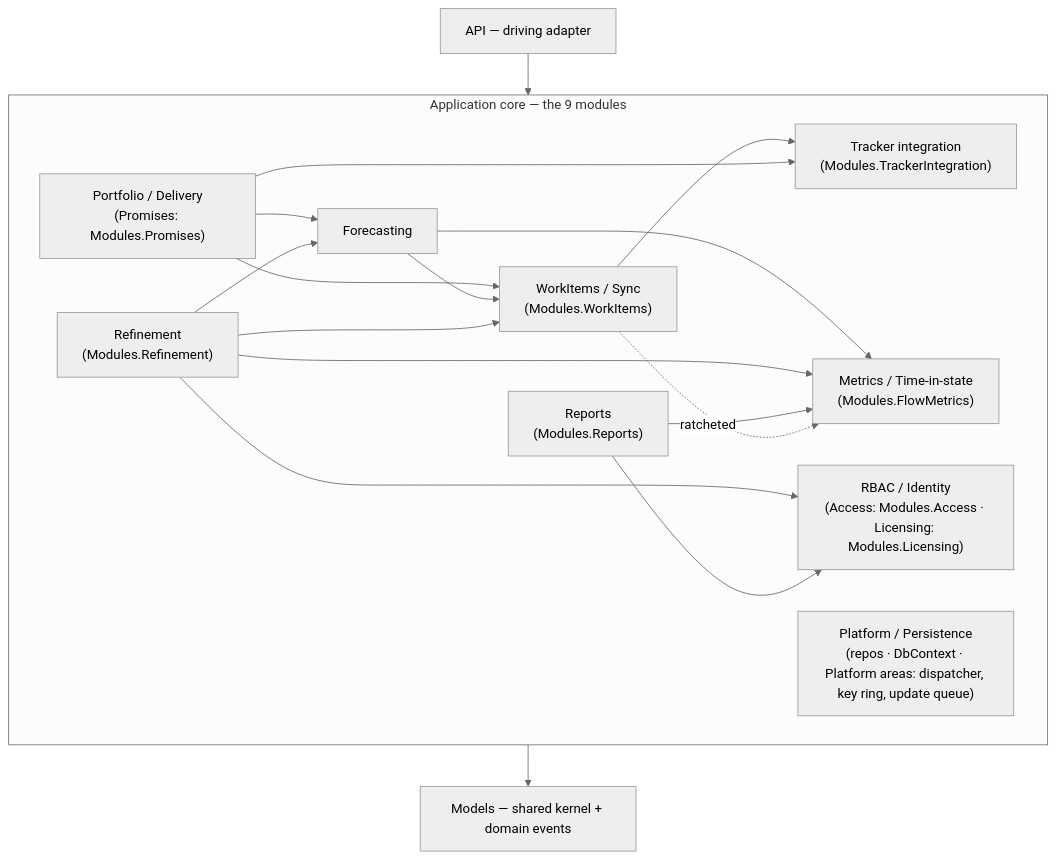
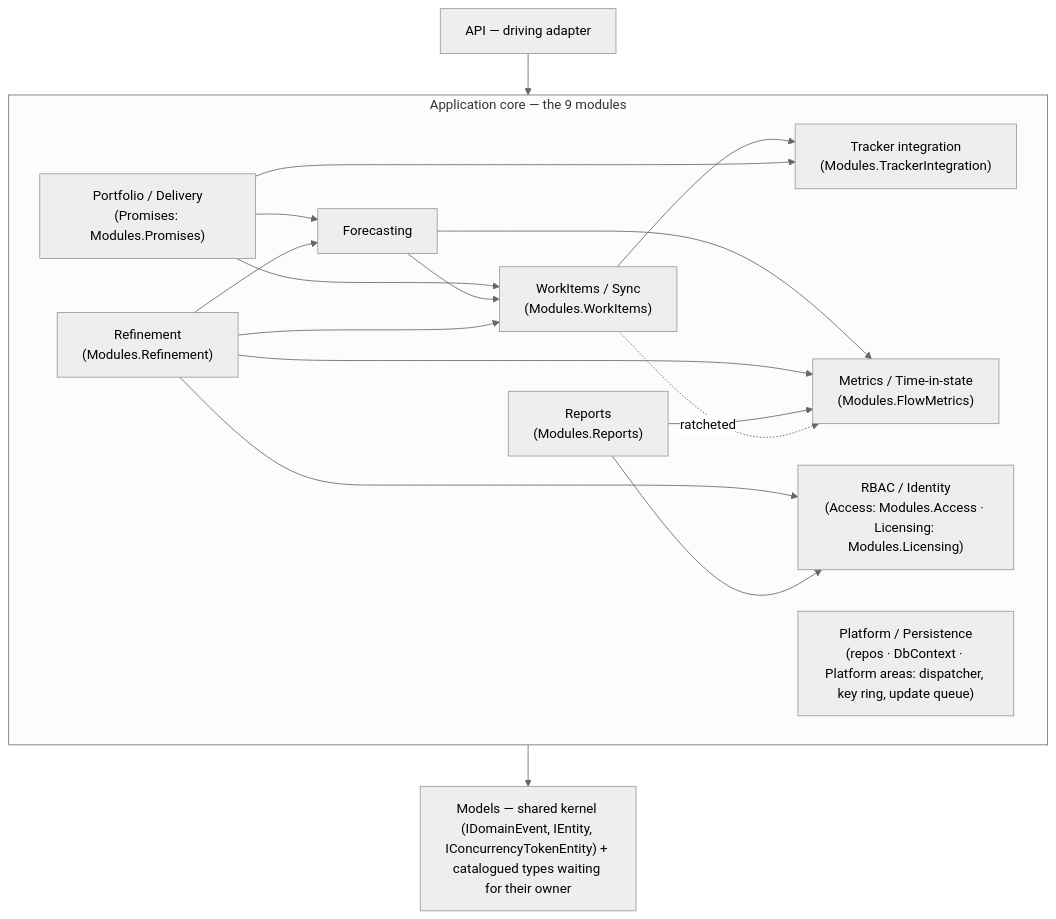
One commit to LetPeopleWork/Lighthouse changed the second of 4 diagrams in ARCHITECTURE.md. Above: the diagram before and after it, drawn with Mermaid (neutral theme). The commit also changed other lines of this file and 5 other files, not shown here.

First line of the commit message:
refactor(kernel): rules name the Reports models by full name only, and the docs describe the three-type kernel and its catalogue

````diff
--- a/ARCHITECTURE.md
+++ b/ARCHITECTURE.md
@@ -113,31 +113,31 @@
 ```mermaid
 graph TD
   API["API — driving adapter"]
   subgraph CORE["Application core — the 9 modules"]
     WT["Tracker integration<br/>(Modules.TrackerIntegration)"]
     SYNC["WorkItems / Sync<br/>(Modules.WorkItems)"]
     FC["Forecasting"]
     PD["Portfolio / Delivery<br/>(Promises: Modules.Promises)"]
     MET["Metrics / Time-in-state<br/>(Modules.FlowMetrics)"]
     RBAC["RBAC / Identity<br/>(Access: Modules.Access · Licensing: Modules.Licensing)"]
     PLAT["Platform / Persistence<br/>(repos · DbContext · Platform areas: dispatcher, key ring, update queue)"]
     REF["Refinement<br/>(Modules.Refinement)"]
     REP["Reports<br/>(Modules.Reports)"]
   end
-  KERNEL["Models — shared kernel + domain events"]
+  KERNEL["Models — shared kernel (IDomainEvent, IEntity, IConcurrencyTokenEntity) + catalogued types waiting for their owner"]
   API --> CORE
   CORE --> KERNEL
   SYNC --> WT
   PD --> SYNC
   PD --> FC
   PD --> WT
   FC --> SYNC
   FC --> MET
   REF --> SYNC
   REF --> FC
   REF --> MET
   REF --> RBAC
   REP --> MET
   REP --> RBAC
   SYNC -.->|"ratcheted"| MET
 ```
````
